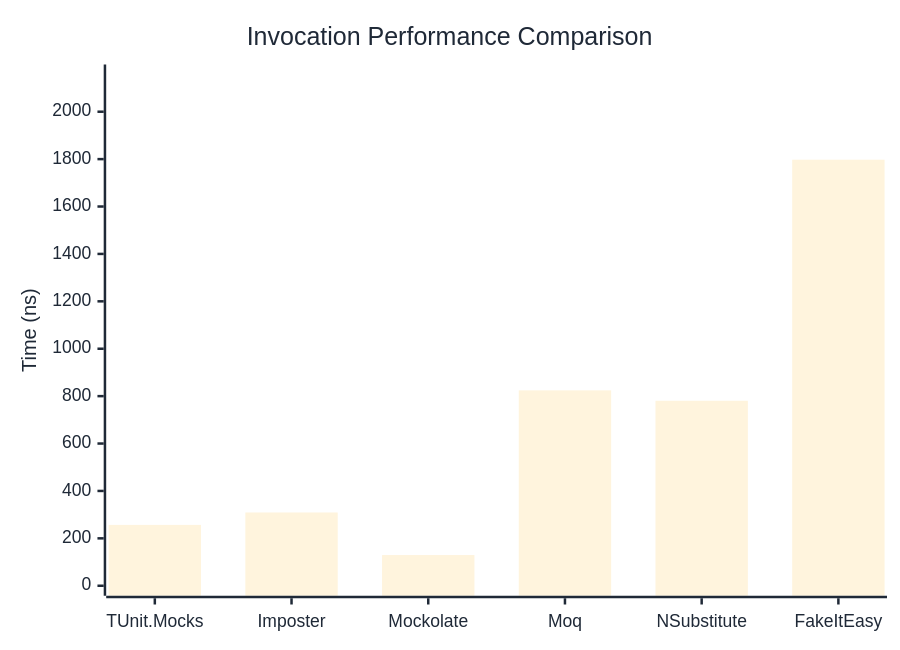
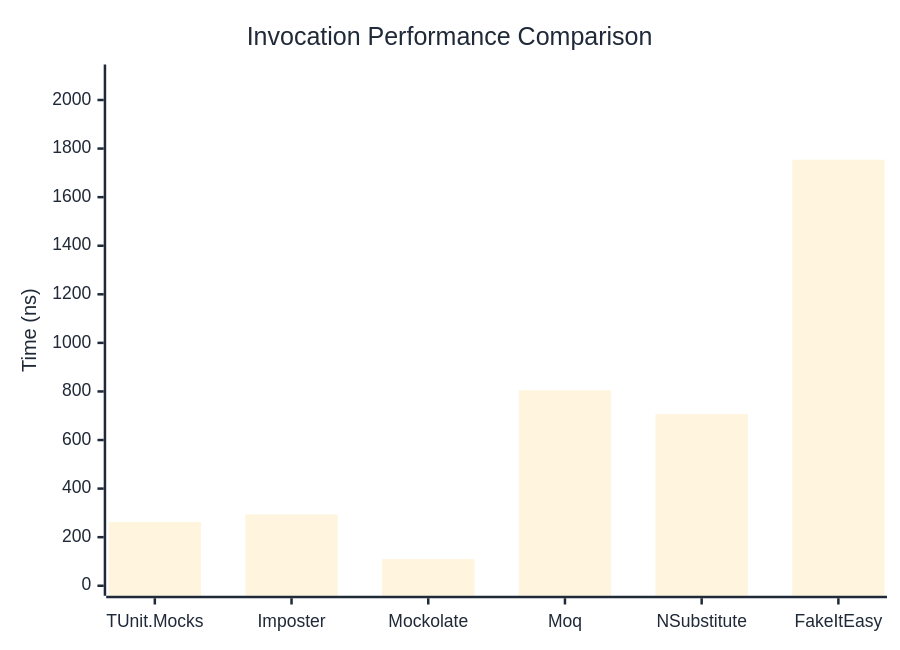
Before and after one commit to thomhurst/TUnit: the first of 3 diagrams in docs/docs/benchmarks/mocks/Invocation.md, drawn with Mermaid. The commit also changed other lines of this file and 14 other files, not shown here.

````diff
--- a/docs/docs/benchmarks/mocks/Invocation.md
+++ b/docs/docs/benchmarks/mocks/Invocation.md
@@ -28,27 +28,27 @@
 ```mermaid
 %%{init: {
   'theme':'base',
   'themeVariables': {
     'primaryColor': '#2563eb',
     'primaryTextColor': '#1f2937',
     'primaryBorderColor': '#1e40af',
     'lineColor': '#6b7280',
     'secondaryColor': '#7c3aed',
     'tertiaryColor': '#dc2626',
     'background': '#ffffff',
     'pie1': '#2563eb',
     'pie2': '#7c3aed',
     'pie3': '#dc2626',
     'pie4': '#f59e0b',
     'pie5': '#10b981',
     'pie6': '#06b6d4',
     'pie7': '#ec4899',
     'pie8': '#6366f1'
   }
 }}%%
 xychart-beta
   title "Invocation Performance Comparison"
   x-axis ["TUnit.Mocks", "Imposter", "Mockolate", "Moq", "NSubstitute", "FakeItEasy"]
-  y-axis "Time (ns)" 0 --> 2157
-  bar [256.7, 309.1, 129.5, 824.4, 780.5, 1797.5]
+  y-axis "Time (ns)" 0 --> 2105
+  bar [262.5, 293.31, 109.72, 804.58, 706.76, 1754.11]
 ```
````
